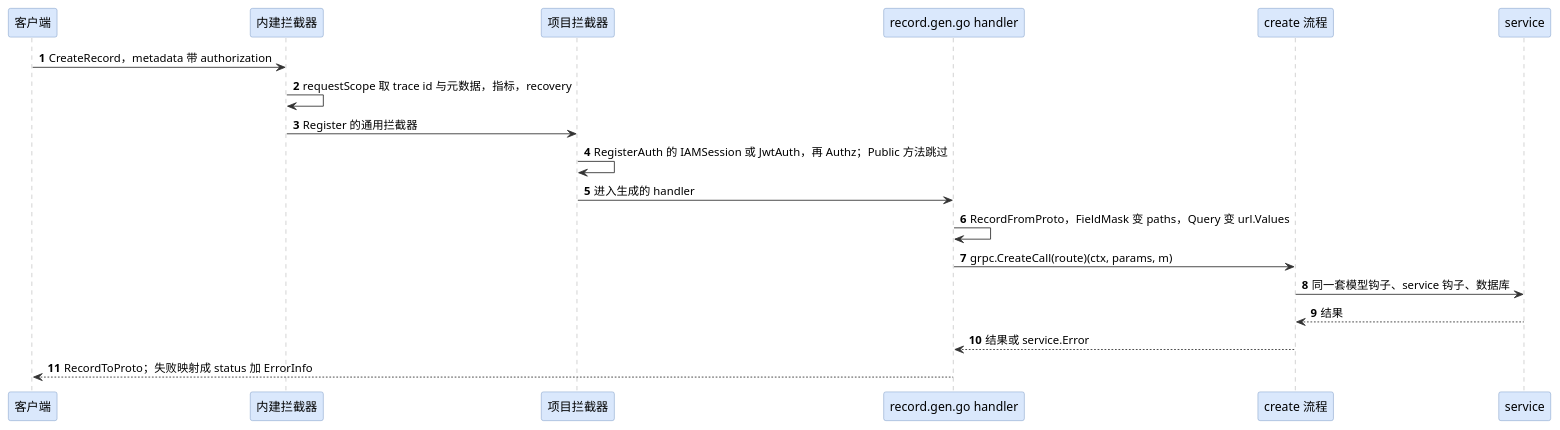
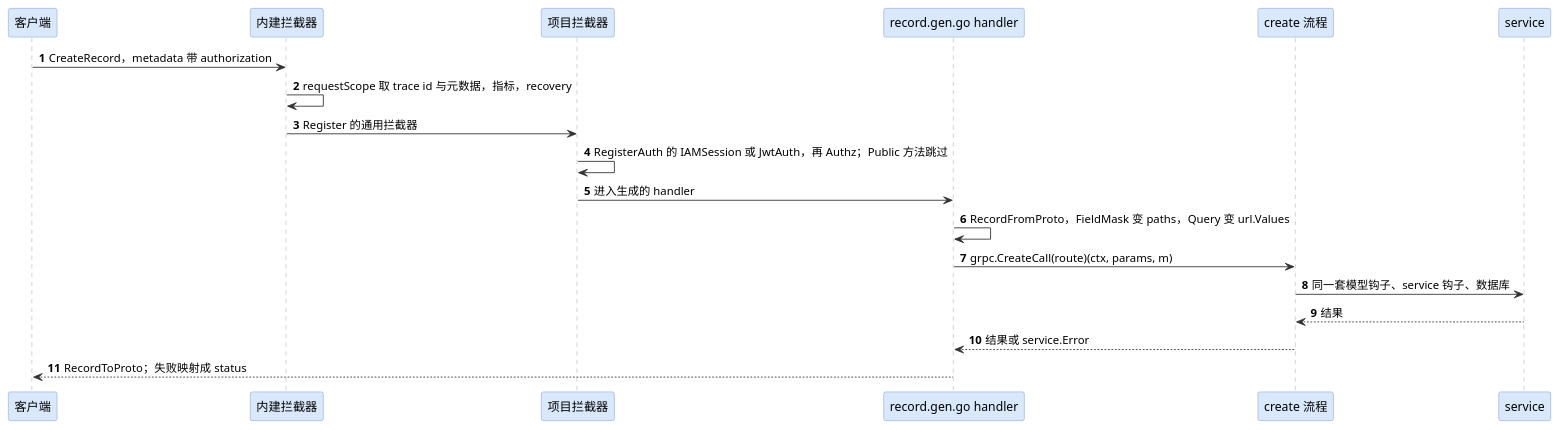
One commit to hydroan/gst changed the second of 3 diagrams in TRANSPORTS.md. Above: the diagram before and after it, drawn with PlantUML. The commit also changed other lines of this file and 4 other files, not shown here.

````diff
--- a/TRANSPORTS.md
+++ b/TRANSPORTS.md
@@ -103,32 +103,32 @@
 ```plantuml
 @startuml
 autonumber
 skinparam participant {
   BackgroundColor #dae8fc
   BorderColor #6c8ebf
 }
 skinparam sequence {
   ArrowColor #333333
   LifeLineBorderColor #999999
 }
 
 participant "客户端" as client
 participant "内建拦截器" as builtin
 participant "项目拦截器" as project
 participant "record.gen.go handler" as handler
 participant "create 流程" as flow
 participant "service" as svc
 
 client -> builtin : CreateRecord，metadata 带 authorization
 builtin -> builtin : requestScope 取 trace id 与元数据，指标，recovery
 builtin -> project : Register 的通用拦截器
 project -> project : RegisterAuth 的 IAMSession 或 JwtAuth，再 Authz；Public 方法跳过
 project -> handler : 进入生成的 handler
 handler -> handler : RecordFromProto，FieldMask 变 paths，Query 变 url.Values
 handler -> flow : grpc.CreateCall(route)(ctx, params, m)
 flow -> svc : 同一套模型钩子、service 钩子、数据库
 svc --> flow : 结果
 flow --> handler : 结果或 service.Error
-handler --> client : RecordToProto；失败映射成 status 加 ErrorInfo
+handler --> client : RecordToProto；失败映射成 status
 @enduml
 ```
````
